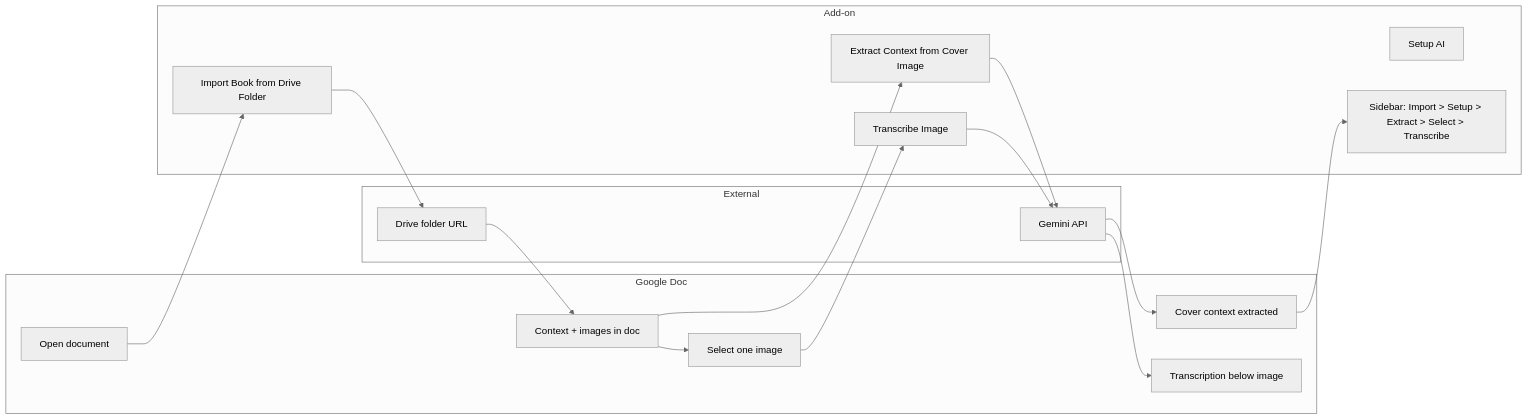
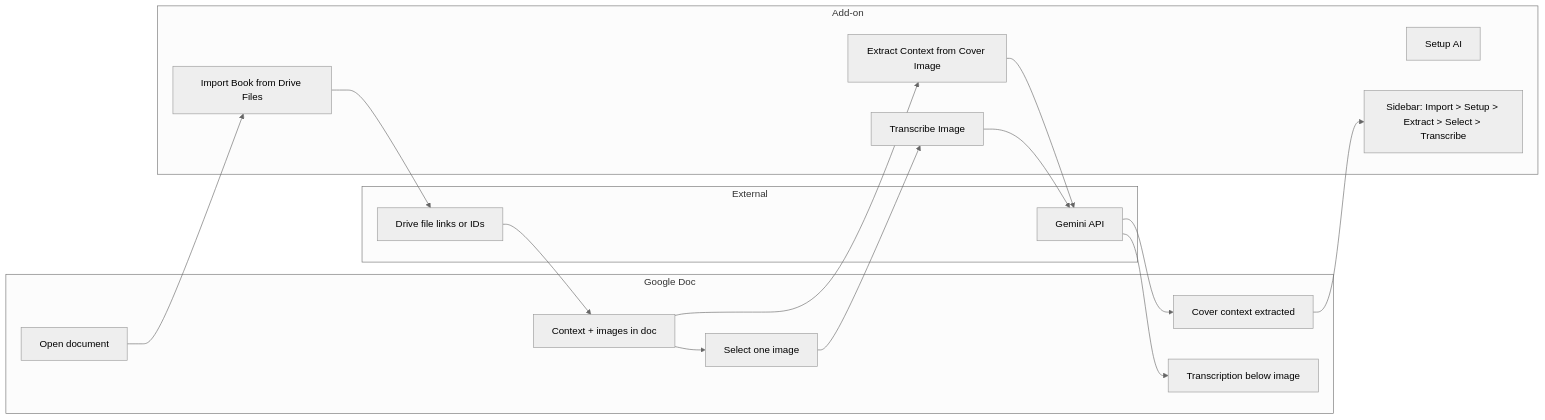
One commit to dekochka/geneascript-gdoc-addon changed the diagram in README.md. Above: the diagram before and after it, drawn with Mermaid (neutral theme). The commit also changed other lines of this file and 7 other files, not shown here.

````diff
--- a/README.md
+++ b/README.md
@@ -19,32 +19,32 @@
 ```mermaid
 flowchart LR
   subgraph doc [Google Doc]
     OpenDoc[Open document]
     ContextImages[Context + images in doc]
     CoverContext[Cover context extracted]
     SelectImage[Select one image]
     Transcription[Transcription below image]
   end
   subgraph addon [Add-on]
-    ImportMenu["Import Book from Drive Folder"]
+    ImportMenu["Import Book from Drive Files"]
     ExtractMenu["Extract Context from Cover Image"]
     TranscribeMenu["Transcribe Image"]
     SetupMenu["Setup AI"]
     Sidebar["Sidebar: Import > Setup > Extract > Select > Transcribe"]
   end
   subgraph external [External]
-    DriveFolder[Drive folder URL]
+    DriveFiles[Drive file links or IDs]
     Gemini[Gemini API]
   end
   OpenDoc --> ImportMenu
-  ImportMenu --> DriveFolder
-  DriveFolder --> ContextImages
+  ImportMenu --> DriveFiles
+  DriveFiles --> ContextImages
   ContextImages --> ExtractMenu
   ExtractMenu --> Gemini
   Gemini --> CoverContext
   CoverContext --> Sidebar
   ContextImages --> SelectImage
   SelectImage --> TranscribeMenu
   TranscribeMenu --> Gemini
   Gemini --> Transcription
 ```
````
